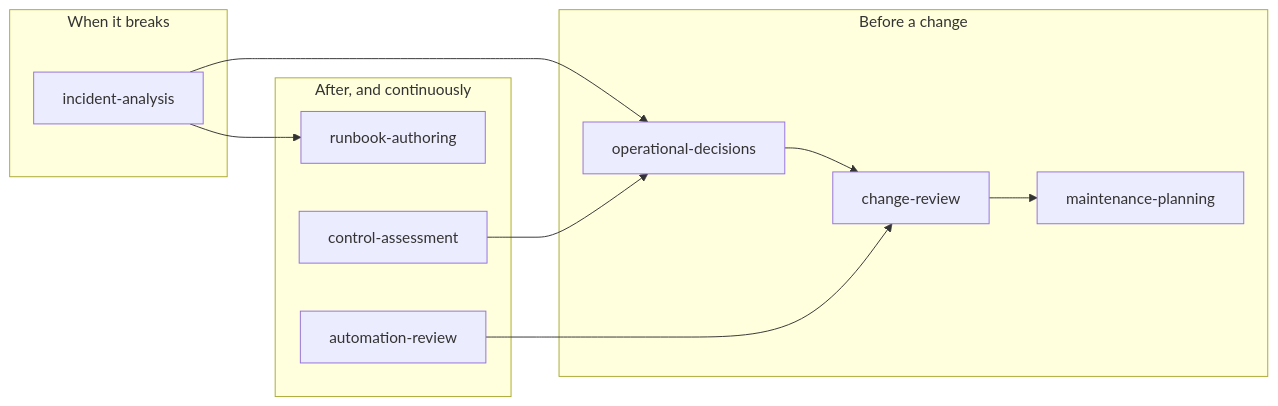
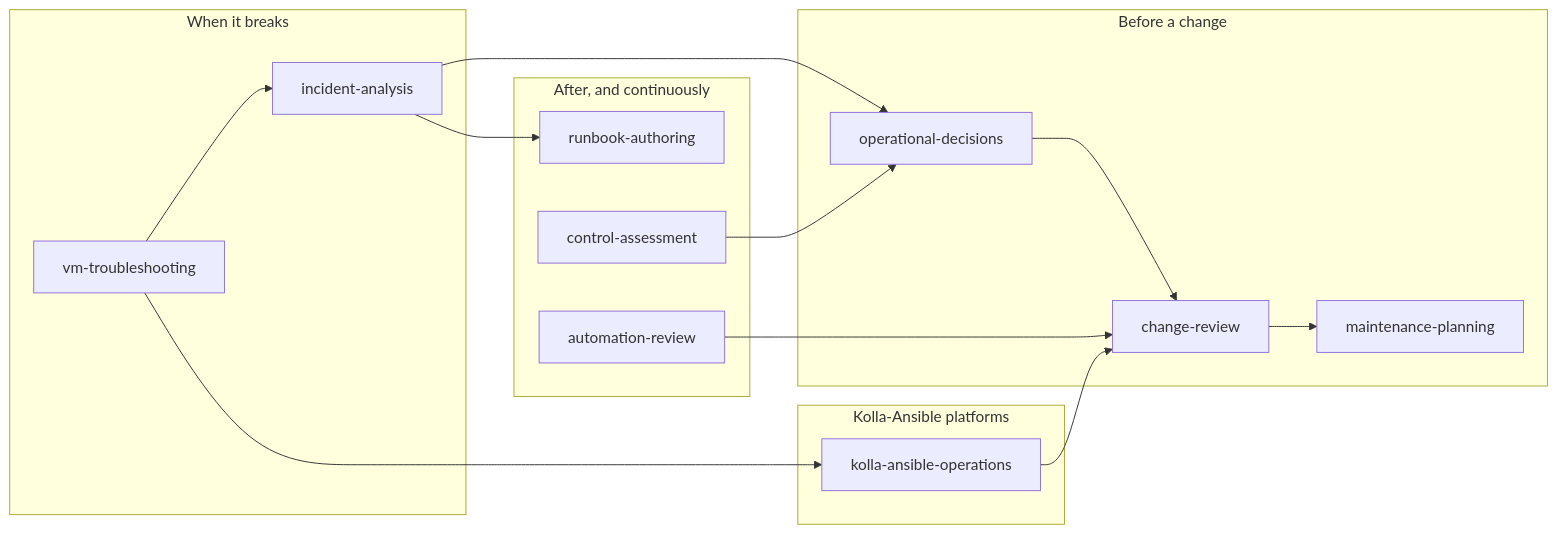
Before and after one commit to OzarLand/openstack-operator-skills: the diagram in README.md, drawn with Mermaid. The commit also changed other lines of this file and 140 other files, not shown here.

First line of the commit message:
0.2.0: VM troubleshooting and Kolla-Ansible skills, per-claim validation status (#13)

````diff
--- a/README.md
+++ b/README.md
@@ -115,21 +122,28 @@
 ```mermaid
 flowchart LR
     subgraph Before["Before a change"]
         MP[maintenance-planning]
         CR[change-review]
         OD[operational-decisions]
     end
     subgraph During["When it breaks"]
         IA[incident-analysis]
+        VM[vm-troubleshooting]
+    end
+    subgraph Tool["Kolla-Ansible platforms"]
+        KA[kolla-ansible-operations]
     end
     subgraph After["After, and continuously"]
         RA[runbook-authoring]
         CA[control-assessment]
         AR[automation-review]
     end
     OD --> CR --> MP
     IA --> RA
     IA --> OD
     CA --> OD
     AR --> CR
+    VM --> IA
+    KA --> CR
+    VM --> KA
 ```
````
